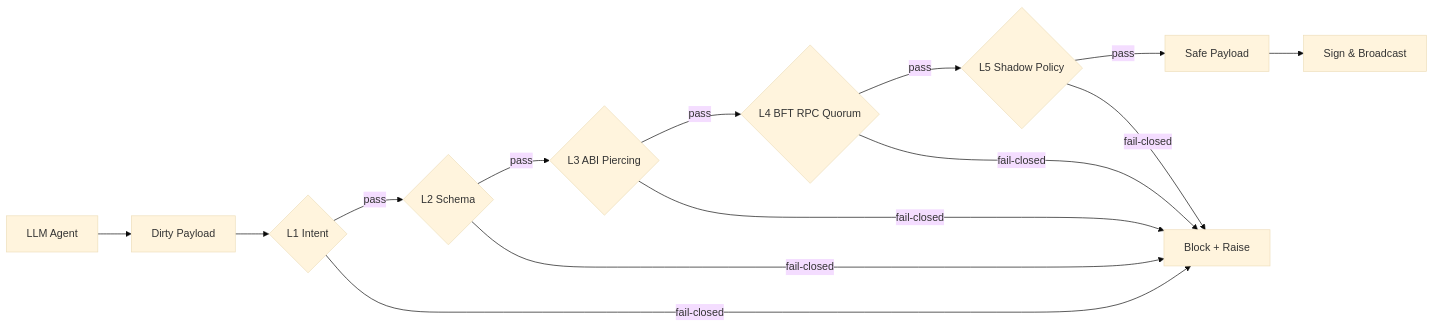
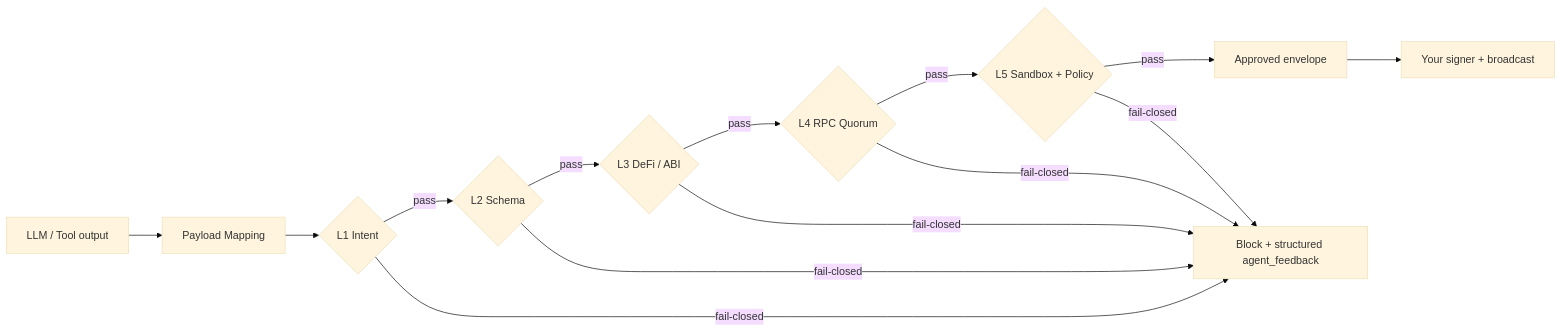
Before and after one commit to lokii-D/lirix: the first of 2 diagrams in README.md, drawn with Mermaid (base theme). The commit also changed other lines of this file and 264 other files, not shown here.

````diff
--- a/README.md
+++ b/README.md
@@ -161,17 +160,17 @@
 ```mermaid
 flowchart LR
-  A[LLM Agent] --> B[Dirty Payload]
+  A[LLM / Tool output] --> B[Payload Mapping]
   B --> C{L1 Intent}
   C -- pass --> D{L2 Schema}
-  D -- pass --> E{L3 ABI Piercing}
-  E -- pass --> F{L4 BFT RPC Quorum}
-  F -- pass --> G{L5 Shadow Policy}
-  G -- pass --> H[Safe Payload]
-  H --> I[Sign & Broadcast]
+  D -- pass --> E{L3 DeFi / ABI}
+  E -- pass --> F{L4 RPC Quorum}
+  F -- pass --> G{L5 Sandbox + Policy}
+  G -- pass --> H[Approved envelope]
+  H --> I[Your signer + broadcast]
 
-  C -- fail-closed --> X[Block + Raise]
+  C -- fail-closed --> X[Block + structured agent_feedback]
   D -- fail-closed --> X
   E -- fail-closed --> X
   F -- fail-closed --> X
   G -- fail-closed --> X
 ```
````
